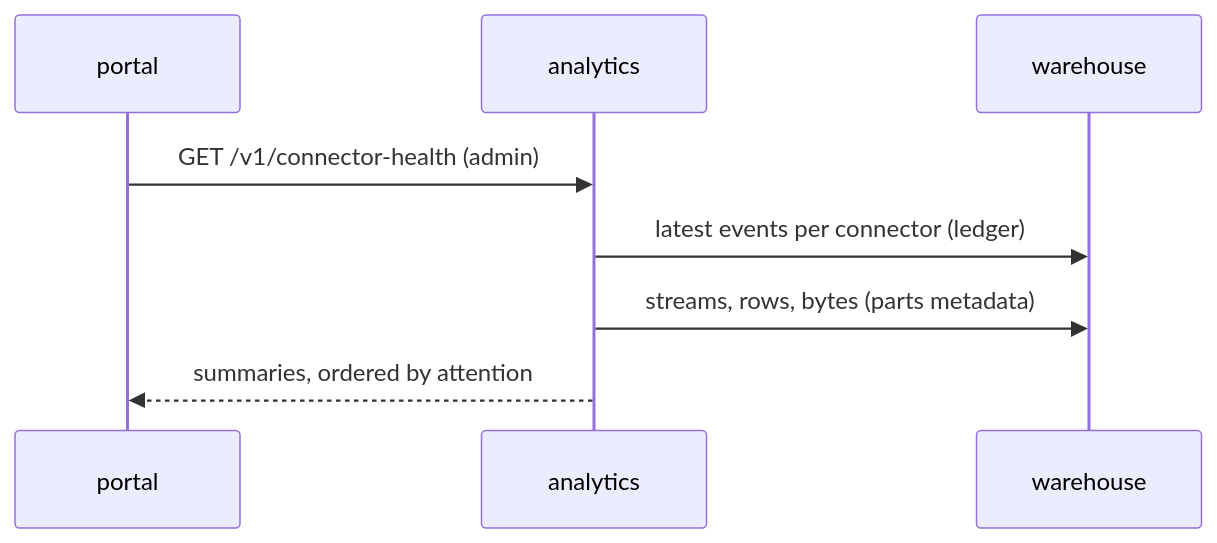
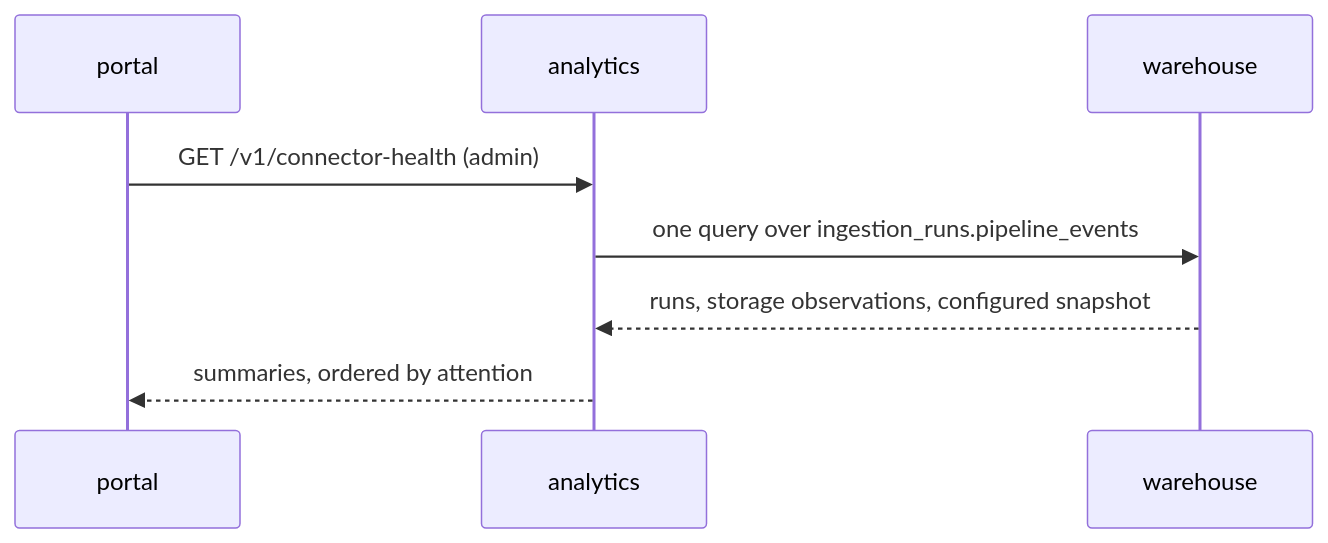
One commit to constructorfabric/insight changed the fifth of 5 diagrams in docs/components/backend/analytics/specs/connector-health/DESIGN.md. Above: the diagram before and after it, drawn with Mermaid. The commit also changed other lines of this file and 1 other file, not shown here.

First line of the commit message:
record storage facts in the ledger: the reader gets no bronze grant

````diff
--- a/docs/components/backend/analytics/specs/connector-health/DESIGN.md
+++ b/docs/components/backend/analytics/specs/connector-health/DESIGN.md
@@ -533,10 +546,10 @@
 ```mermaid
 sequenceDiagram
     participant PO as portal
     participant AN as analytics
     participant WH as warehouse
     PO->>AN: GET /v1/connector-health (admin)
-    AN->>WH: latest events per connector (ledger)
-    AN->>WH: streams, rows, bytes (parts metadata)
+    AN->>WH: one query over ingestion_runs.pipeline_events
+    WH-->>AN: runs, storage observations, configured snapshot
     AN-->>PO: summaries, ordered by attention
 ```
````
